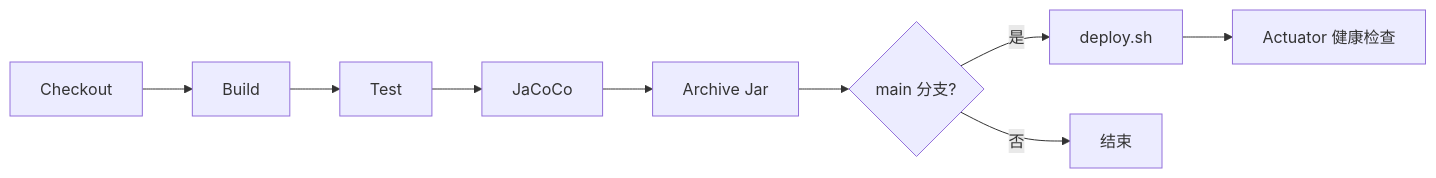
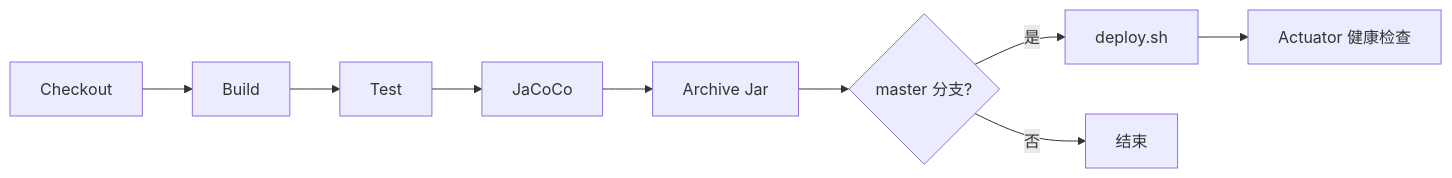
The fourth of 4 diagrams in docs/设计文档.md (unknowIfGuestInDream/EcoVault), drawn with Mermaid before and after one commit. The commit also changed other lines of this file and 79 other files, not shown here.

````diff
--- a/docs/设计文档.md
+++ b/docs/设计文档.md
@@ -298,11 +245,11 @@
 ```mermaid
 graph LR
     A[Checkout] --> B[Build]
     B --> C[Test]
     C --> D[JaCoCo]
     D --> E[Archive Jar]
-    E --> F{main 分支?}
+    E --> F{master 分支?}
     F -- 是 --> G[deploy.sh]
     F -- 否 --> H[结束]
     G --> I[Actuator 健康检查]
 ```
````
